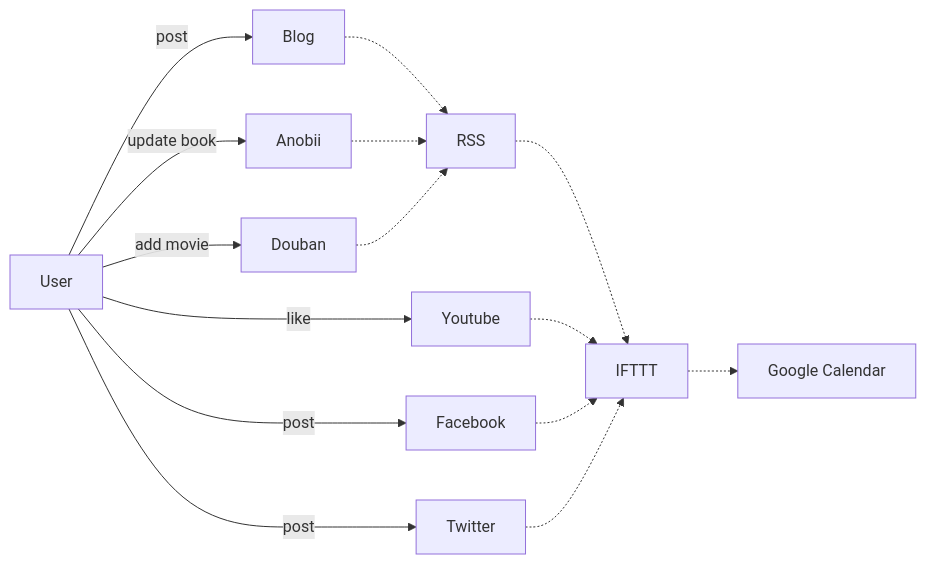
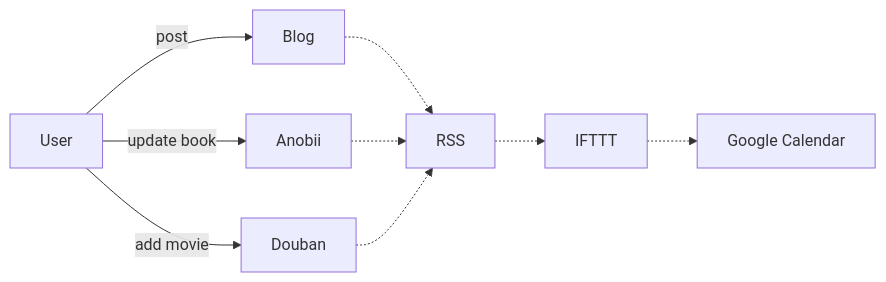
The third of 8 diagrams in source/_posts/personal-automation-in-2017.md (gasolin/blog), drawn with Mermaid before and after one commit. The commit also changed other lines of this file, not shown here.

```diff
--- a/source/_posts/personal-automation-in-2017.md
+++ b/source/_posts/personal-automation-in-2017.md
@@ -69,17 +69,11 @@
 {% mermaid %}
 graph LR
 User -- update book --> Anobii
 User -- add movie --> Douban
 User -- post --> Blog
-User -- like --> Youtube
-User -- post --> Facebook
-User -- post --> Twitter
 Blog -.-> RSS
 Anobii -.-> RSS
 Douban -.-> RSS
 RSS -.-> IFTTT
-Youtube -.-> IFTTT
-Facebook -.-> IFTTT
-Twitter -.-> IFTTT
 IFTTT -.-> gcal[Google Calendar]
 {% endmermaid %}
```
